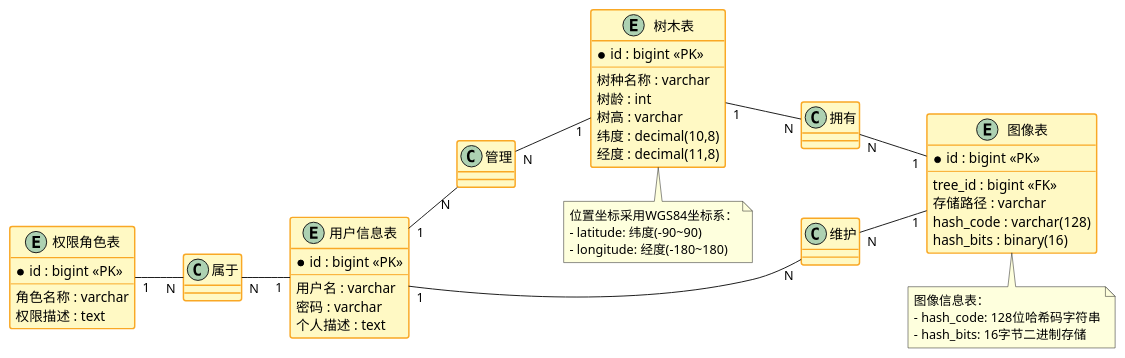
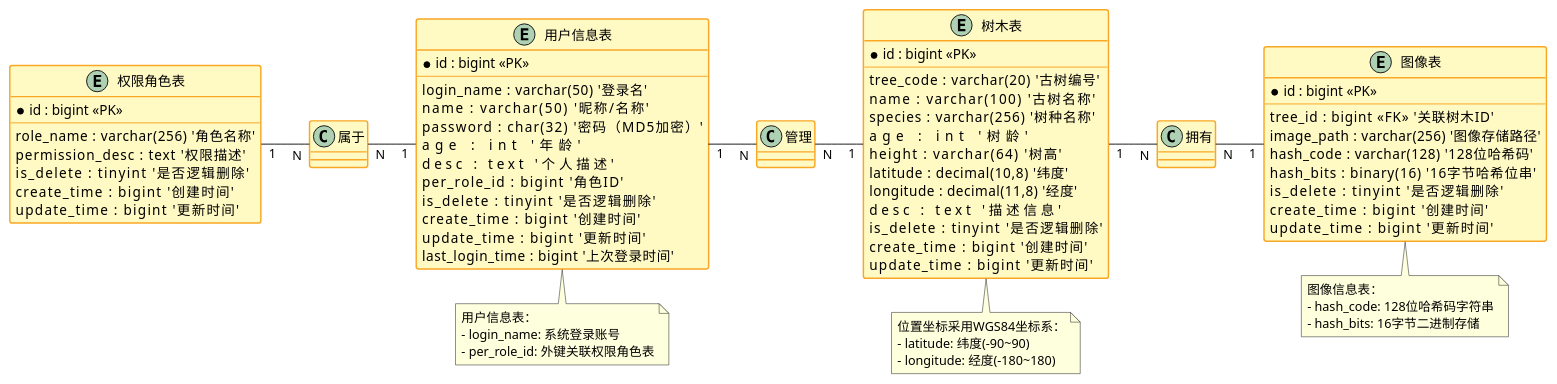
One commit to ssl1995/imooc-wiki changed the diagram in word/第4章/图4.4-横向版v5-彩色.puml. Above: the diagram before and after it, drawn with PlantUML. The commit also changed 7 other files, not shown here.

```diff
--- a/word/第4章/图4.4-横向版v5-彩色.puml
+++ b/word/第4章/图4.4-横向版v5-彩色.puml
@@ -1,94 +1,115 @@
 @startuml
 
 skinparam backgroundColor #FFFFFF
 left to right direction
 
 ' 间距控制
 skinparam nodesep 35
 skinparam ranksep 50
 
 ' 隐藏 stereotype（去掉 «diamond»）
 hide stereotype
 
 ' 实体样式（蓝色系）
 skinparam entity {
     BackgroundColor #E3F2FD
     BorderColor #1976D2
     BorderThickness 1.5
 }
 
 ' 类/菱形样式（黄色系）
 skinparam class {
     BackgroundColor #FFF9C4
     BorderColor #F9A825
     BorderThickness 1.5
 }
 
-' ===== 定义实体（与上下文一致） =====
+' ===== 定义实体（与数据库表结构对齐） =====
 entity "用户信息表" as User {
     * id : bigint <<PK>>
     --
-    用户名 : varchar
-    密码 : varchar
-    个人描述 : text
+    login_name : varchar(50)      '登录名'
+    name : varchar(50)            '昵称/名称'
+    password : char(32)           '密码（MD5加密）'
+    age : int                     '年龄'
+    desc : text                   '个人描述'
+    per_role_id : bigint          '角色ID'
+    is_delete : tinyint           '是否逻辑删除'
+    create_time : bigint          '创建时间'
+    update_time : bigint          '更新时间'
+    last_login_time : bigint      '上次登录时间'
 }
 
 entity "权限角色表" as Role {
     * id : bigint <<PK>>
     --
-    角色名称 : varchar
-    权限描述 : text
+    role_name : varchar(256)      '角色名称'
+    permission_desc : text        '权限描述'
+    is_delete : tinyint           '是否逻辑删除'
+    create_time : bigint          '创建时间'
+    update_time : bigint          '更新时间'
 }
 
 entity "树木表" as Tree {
     * id : bigint <<PK>>
     --
-    树种名称 : varchar
-    树龄 : int
-    树高 : varchar
-    纬度 : decimal(10,8)
-    经度 : decimal(11,8)
+    tree_code : varchar(20)       '古树编号'
+    name : varchar(100)           '古树名称'
+    species : varchar(256)        '树种名称'
+    age : int                     '树龄'
+    height : varchar(64)          '树高'
+    latitude : decimal(10,8)      '纬度'
+    longitude : decimal(11,8)     '经度'
+    desc : text                   '描述信息'
+    is_delete : tinyint           '是否逻辑删除'
+    create_time : bigint          '创建时间'
+    update_time : bigint          '更新时间'
 }
 
 entity "图像表" as Image {
     * id : bigint <<PK>>
     --
-    tree_id : bigint <<FK>>
-    存储路径 : varchar
-    hash_code : varchar(128)
-    hash_bits : binary(16)
+    tree_id : bigint <<FK>>       '关联树木ID'
+    image_path : varchar(256)     '图像存储路径'
+    hash_code : varchar(128)      '128位哈希码'
+    hash_bits : binary(16)        '16字节哈希位串'
+    is_delete : tinyint           '是否逻辑删除'
+    create_time : bigint          '创建时间'
+    update_time : bigint          '更新时间'
 }
 
 ' ===== 关系菱形（黄色背景） =====
 class "属于" as BelongsTo #FFF9C4
 class "管理" as ManageTree #FFF9C4
 class "拥有" as Owns #FFF9C4
-class "维护" as MaintainImage #FFF9C4
 
 ' ===== 关系连接（带 cardinality 标注） =====
 Role "1" -- "N" BelongsTo
 BelongsTo "N" -- "1" User
 
 User "1" -- "N" ManageTree
 ManageTree "N" -- "1" Tree
 
 Tree "1" -- "N" Owns
 Owns "N" -- "1" Image
-
-User "1" -- "N" MaintainImage
-MaintainImage "N" -- "1" Image
 
 ' ===== 注释（浅黄背景） =====
 note bottom of Image
 图像信息表：
 - hash_code: 128位哈希码字符串
 - hash_bits: 16字节二进制存储
 end note
 
 note bottom of Tree
 位置坐标采用WGS84坐标系：
 - latitude: 纬度(-90~90)
 - longitude: 经度(-180~180)
 end note
 
+note bottom of User
+用户信息表：
+- login_name: 系统登录账号
+- per_role_id: 外键关联权限角色表
+end note
+
 @enduml
```
